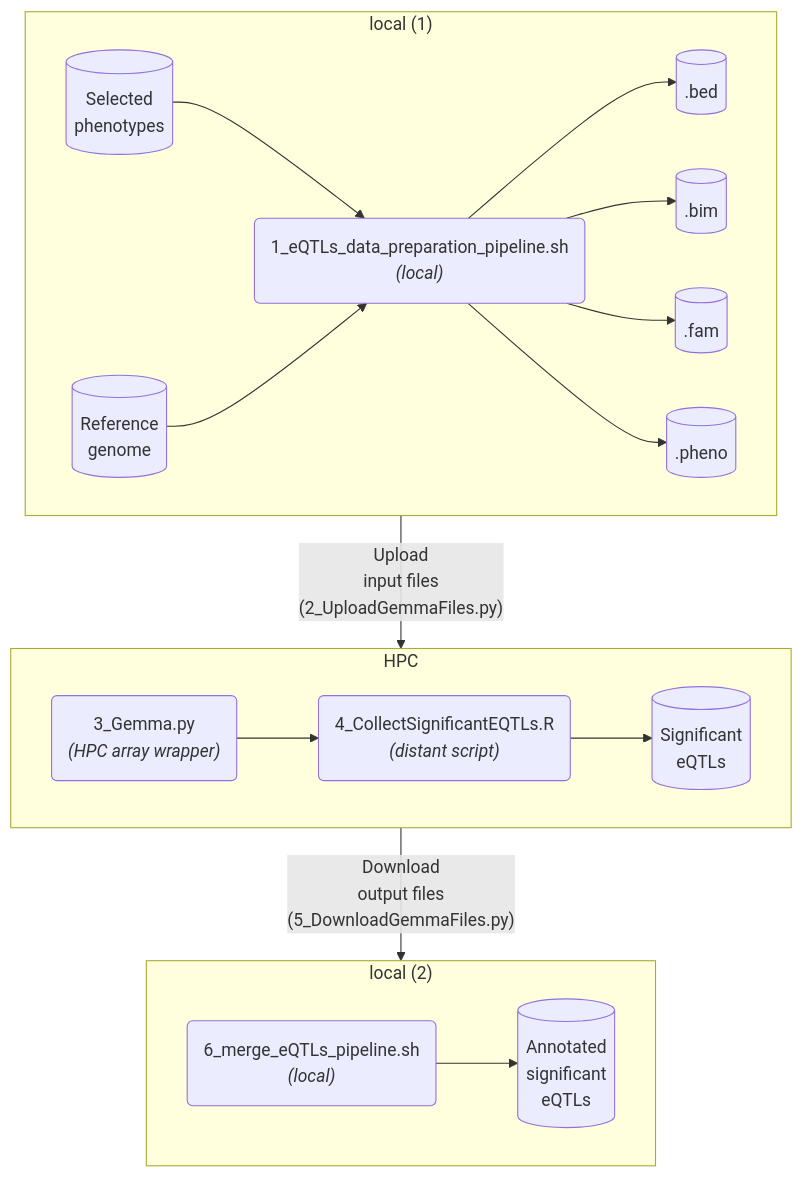
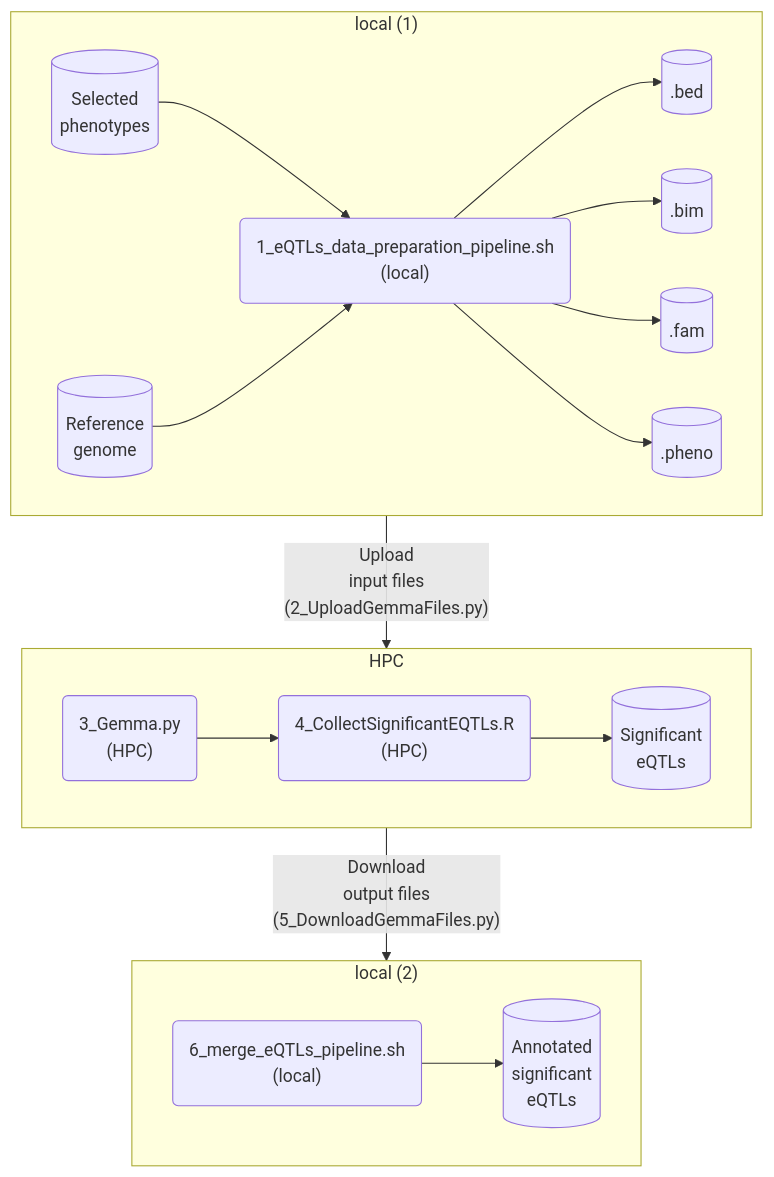
The ninth of 12 diagrams in README.md (charlesrocabert/Tribolium-castaneum-transcriptomics-pipeline), drawn with Mermaid before and after one commit. The commit also changed other lines of this file, not shown here.

````diff
--- a/README.md
+++ b/README.md
@@ -558,23 +558,23 @@
 ```mermaid
 flowchart TB
 subgraph sg1["local (1)"]
 direction LR
-A[("Selected<br/>phenotypes")] --> B("1_eQTLs_data_preparation_pipeline.sh<br/><em>(local)</em>")
+A[("Selected<br/>phenotypes")] --> B("1_eQTLs_data_preparation_pipeline.sh<br/>(local)")
 C[("Reference<br/>genome")] --> B
 B --> D[(".bed")]
 B --> E[(".bim")]
 B --> F[(".fam")]
 B --> G[(".pheno")]
 end
 subgraph sg2["HPC"]
 direction LR
-H("3_Gemma.py<br/><em>(HPC array wrapper)</em>") --> I("4_CollectSignificantEQTLs.R<br/><em>(distant script)</em>")
+H("3_Gemma.py<br/>(HPC)") --> I("4_CollectSignificantEQTLs.R<br/>(HPC)")
 I --> J[("Significant<br/>eQTLs")]
 end
 subgraph sg3["local (2)"]
 direction LR
-K("6_merge_eQTLs_pipeline.sh<br/><em>(local)</em>") --> L[("Annotated<br/>significant<br/>eQTLs")]
+K("6_merge_eQTLs_pipeline.sh<br/>(local)") --> L[("Annotated<br/>significant<br/>eQTLs")]
 end
 sg1 --> |"Upload<br/>input files<br/>(2_UploadGemmaFiles.py)"| sg2
 sg2 --> |"Download<br/>output files<br/>(5_DownloadGemmaFiles.py)"| sg3
 ```
````
